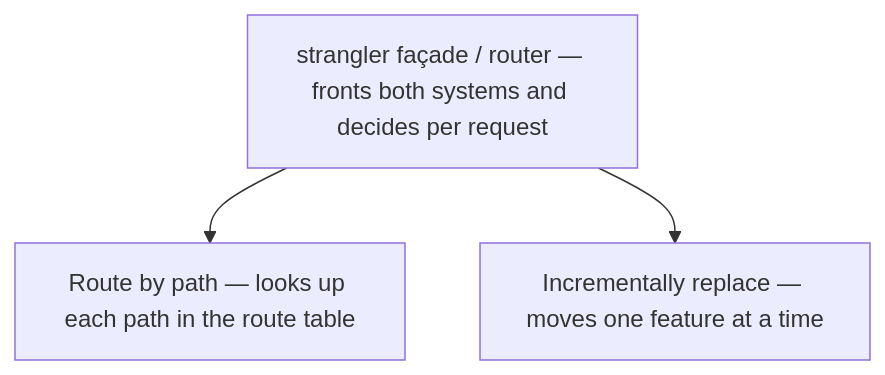
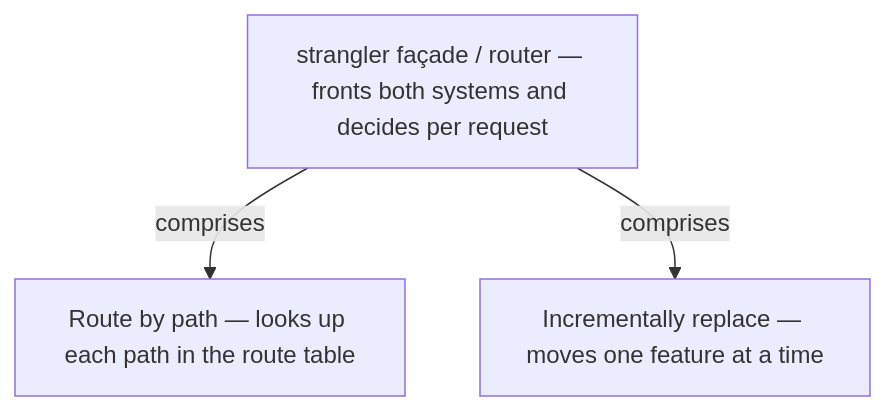
The fifth of 12 diagrams in docs/ch44-strangler-application.md (vinayakuber/microservices-io-study-guide), drawn with Mermaid before and after one commit. The commit also changed other lines of this file and 71 other files, not shown here.

First line of the commit message:
R18: label every diagram arrow with its meaning

````diff
--- a/docs/ch44-strangler-application.md
+++ b/docs/ch44-strangler-application.md
@@ -170,6 +170,6 @@
 ```mermaid
 flowchart TD
   R["strangler façade / router — fronts both systems and decides per request"]
-  R --> P0["Route by path — looks up each path in the route table"]
-  R --> P1["Incrementally replace — moves one feature at a time"]
+  R -->|"comprises"| P0["Route by path — looks up each path in the route table"]
+  R -->|"comprises"| P1["Incrementally replace — moves one feature at a time"]
 ```
````
